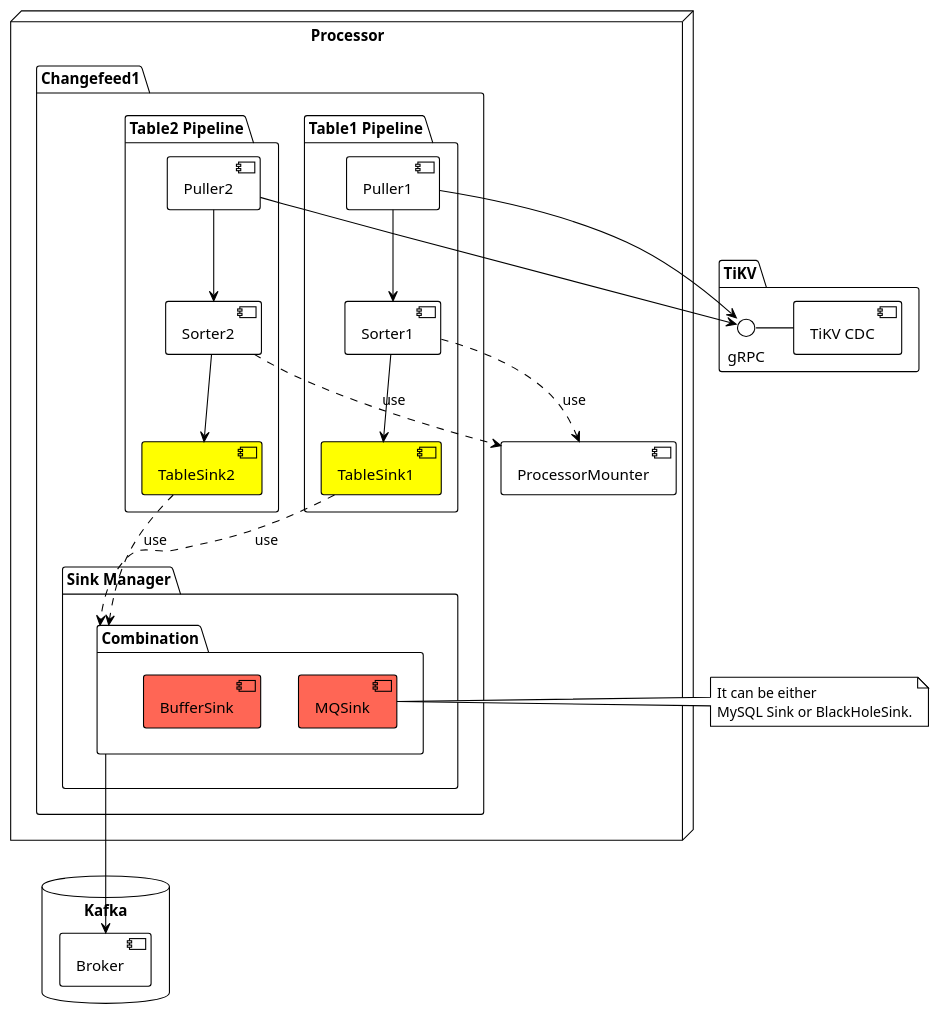
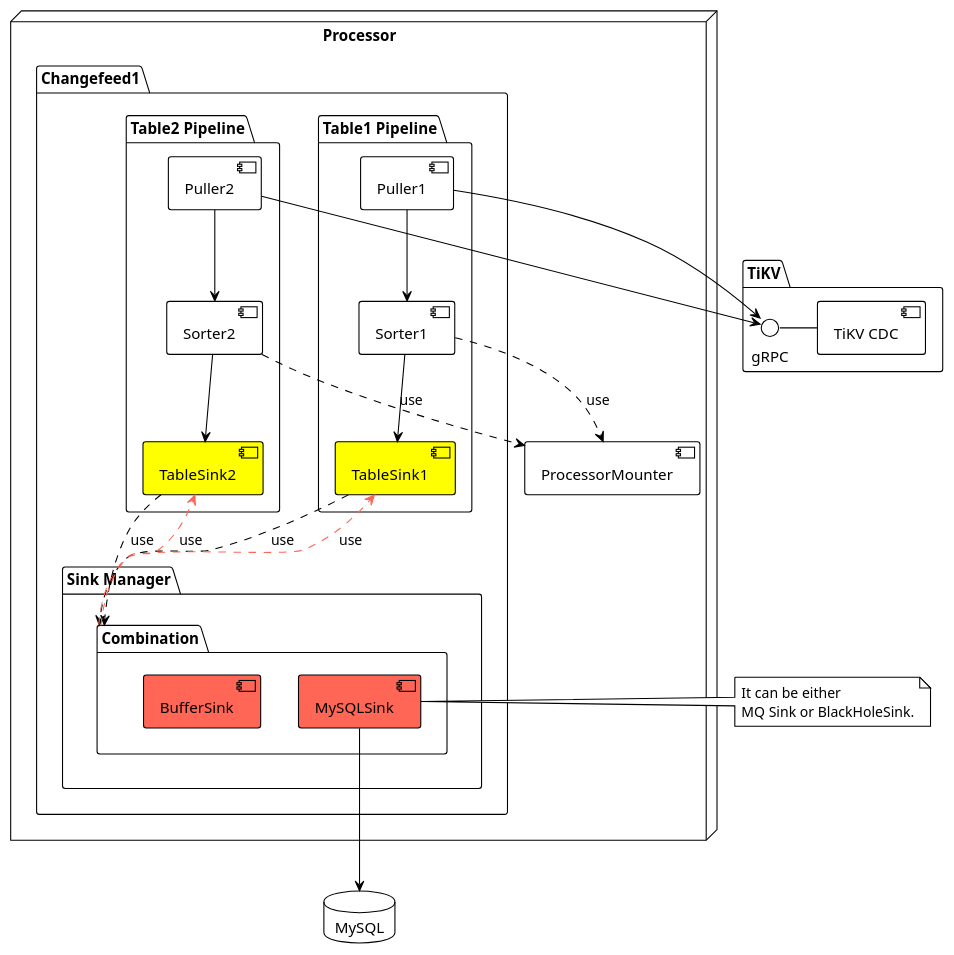
Before and after one commit to 0xPoe/talks: the third of 11 diagrams in ticdc-new-sink.slide/slides.md, drawn with PlantUML. The commit also changed other lines of this file, not shown here.

Commit message:
ticdc-new-sink: Add ⚠️

````diff
--- a/ticdc-new-sink.slide/slides.md
+++ b/ticdc-new-sink.slide/slides.md
@@ -232,49 +235,49 @@
 ```plantuml {scale: 1}
 @startuml
 !theme plain
 package "TiKV" {
   gRPC - [TiKV CDC]
 }
 
 node "Processor" {
   [ProcessorMounter]
   package "Changefeed1" {
     package "Table1 Pipeline" {
       [Puller1] --> [gRPC]
       [Sorter1]
       [TableSink1] #Yellow
     }
     package "Table2 Pipeline" {
       [Puller2] --> [gRPC]
       [Sorter2]
       [TableSink2] #Yellow
     }
     package "Sink Manager" {
       folder "Combination" as Combination {
-        [MQSink] #FF6655
+        [MySQLSink] #FF6655
         [BufferSink] #FF6655
       }
     }
   }
 }
 
-database "Kafka" {
-  [Broker]
-}
+database "MySQL"
 
-note right of [MQSink]
+note right of [MySQLSink]
   It can be either
-  MySQL Sink or BlackHoleSink.
+  MQ Sink or BlackHoleSink.
 end note
 
-Combination --> [Broker]
+[MySQLSink] --> [MySQL]
 [Sorter1] ..> [ProcessorMounter] : use
 [Sorter2] ..> [ProcessorMounter] : use
 [TableSink1] ..> Combination : use
 [TableSink2] ..> Combination : use
+Combination .[#FF6655].> [TableSink1] : use
+Combination .[#FF6655].> [TableSink2] : use
 [Puller1] --> [Sorter1]
 [Sorter1] --> [TableSink1]
 [Puller2] --> [Sorter2]
 [Sorter2] --> [TableSink2]
 @enduml
 ```
````
